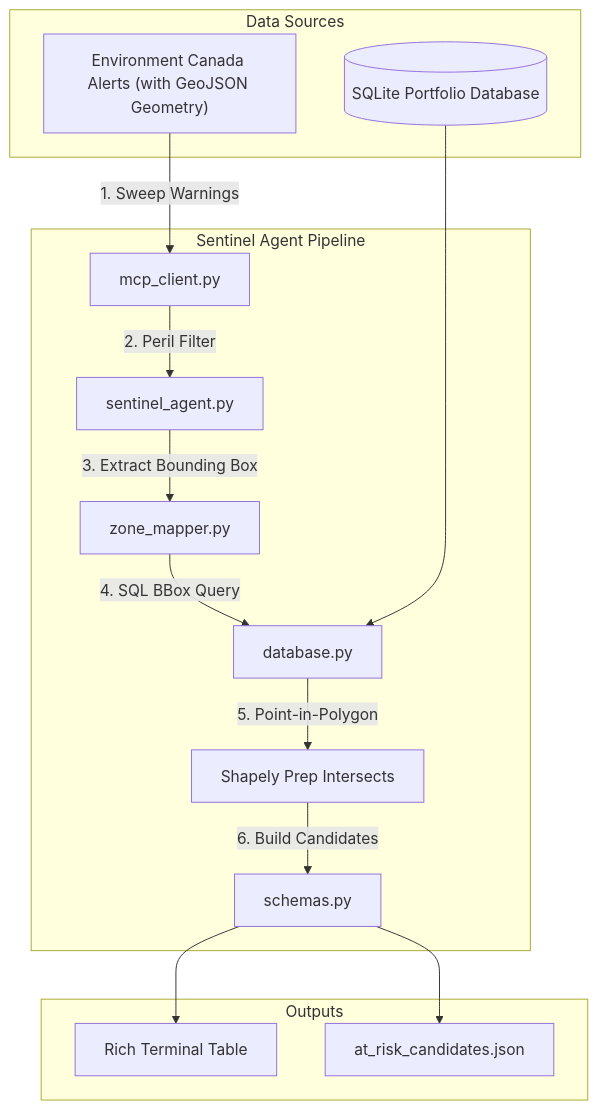
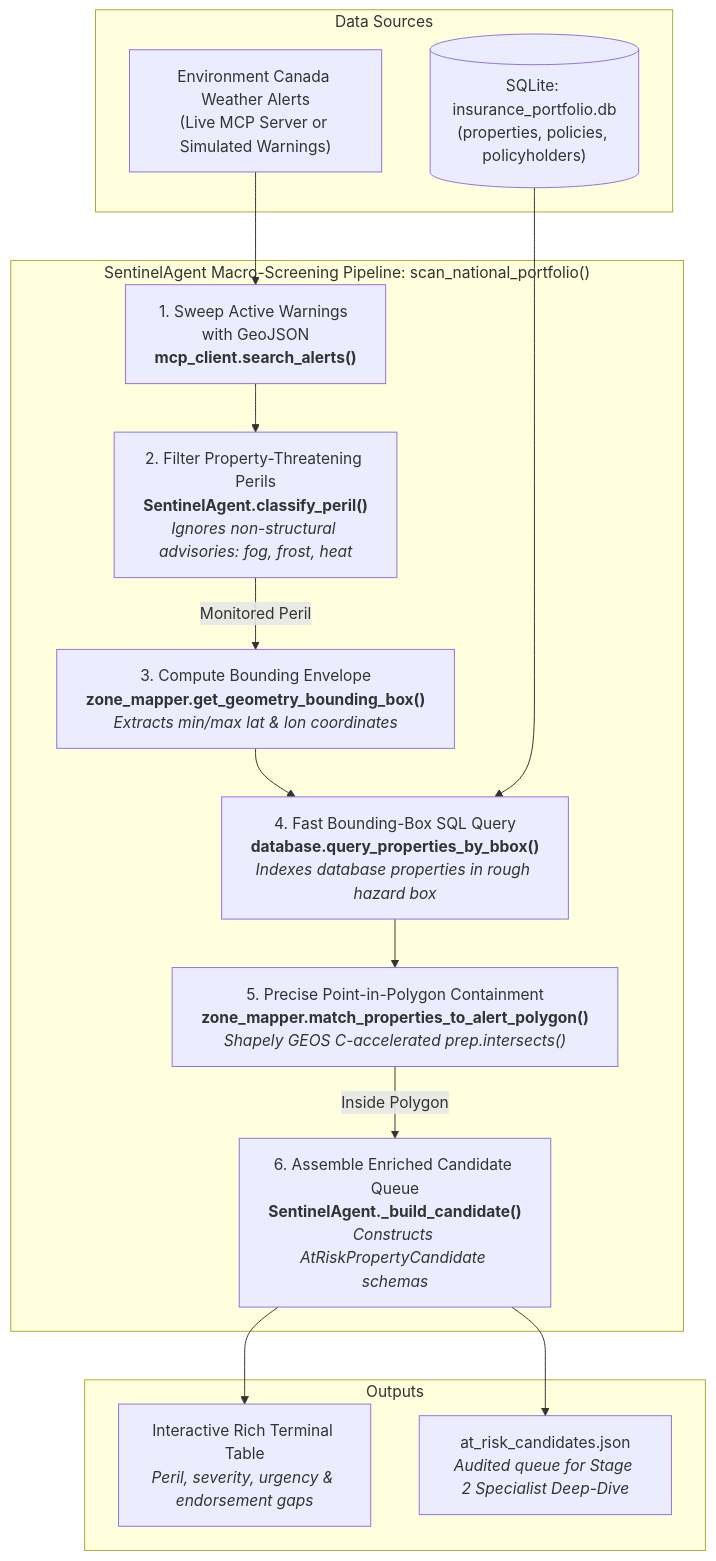
One commit to halizz821/home_insurance_mitigation changed the diagram in sentinel_system/README.md. Above: the diagram before and after it, drawn with Mermaid.

Commit message:
docs: improve Mermaid workflow diagram in sentinel_system README with explicit function names

````diff
--- a/sentinel_system/README.md
+++ b/sentinel_system/README.md
@@ -42,22 +42,35 @@
 ```mermaid
-graph TD
-    subgraph Data Sources
-        ECCC["Environment Canada Alerts (with GeoJSON Geometry)"]
-        DB[(SQLite Portfolio Database)]
+flowchart TD
+    %% Data Sources
+    subgraph Sources ["Data Sources"]
+        ECCC["Environment Canada Weather Alerts<br/>(Live MCP Server or Simulated Warnings)"]
+        DB[("SQLite: insurance_portfolio.db<br/>(properties, policies, policyholders)")]
     end
 
-    subgraph Sentinel Agent Pipeline
-        ECCC -->|1. Sweep Warnings| Fetch[mcp_client.py]
-        Fetch -->|2. Peril Filter| Classify[sentinel_agent.py]
-        Classify -->|3. Extract Bounding Box| Mapper[zone_mapper.py]
-        Mapper -->|4. SQL BBox Query| Query[database.py]
-        DB --> Query
-        Query -->|5. Point-in-Polygon| GIS[Shapely Prep Intersects]
-        GIS -->|6. Build Candidates| Format[schemas.py]
+    %% Sentinel Pipeline
+    subgraph Pipeline ["SentinelAgent Macro-Screening Pipeline: scan_national_portfolio()"]
+        A["1. Sweep Active Warnings with GeoJSON<br/><b>mcp_client.search_alerts()</b>"]
+        B["2. Filter Property-Threatening Perils<br/><b>SentinelAgent.classify_peril()</b><br/><i>Ignores non-structural advisories: fog, frost, heat</i>"]
+        C["3. Compute Bounding Envelope<br/><b>zone_mapper.get_geometry_bounding_box()</b><br/><i>Extracts min/max lat & lon coordinates</i>"]
+        D["4. Fast Bounding-Box SQL Query<br/><b>database.query_properties_by_bbox()</b><br/><i>Indexes database properties in rough hazard box</i>"]
+        E["5. Precise Point-in-Polygon Containment<br/><b>zone_mapper.match_properties_to_alert_polygon()</b><br/><i>Shapely GEOS C-accelerated prep.intersects()</i>"]
+        F["6. Assemble Enriched Candidate Queue<br/><b>SentinelAgent._build_candidate()</b><br/><i>Constructs AtRiskPropertyCandidate schemas</i>"]
+
+        A --> B
+        B -->|Monitored Peril| C
+        C --> D
+        D --> E
+        E -->|Inside Polygon| F
     end
 
-    subgraph Outputs
-        Format --> CLI[Rich Terminal Table]
-        Format --> JSON[at_risk_candidates.json]
+    %% Outputs
+    subgraph Outputs ["Outputs"]
+        CLI["Interactive Rich Terminal Table<br/><i>Peril, severity, urgency & endorsement gaps</i>"]
+        JSON["at_risk_candidates.json<br/><i>Audited queue for Stage 2 Specialist Deep-Dive</i>"]
     end
+
+    ECCC --> A
+    DB --> D
+    F --> CLI
+    F --> JSON
 ```
````
